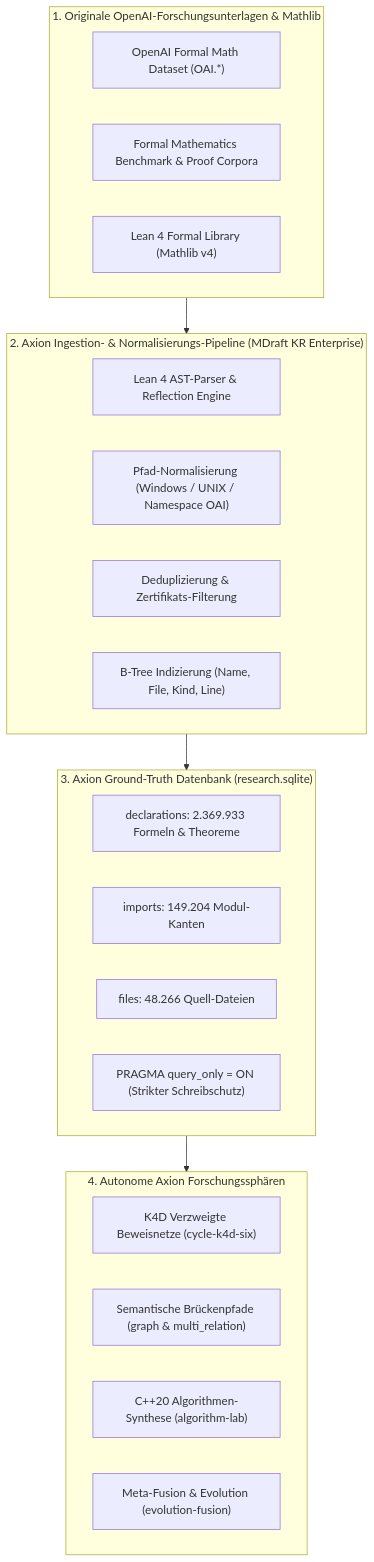
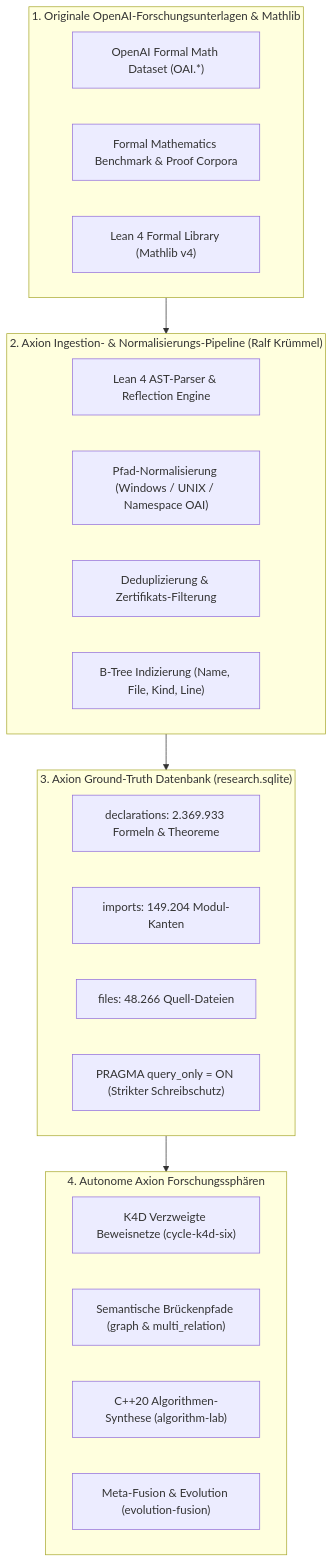
One commit to kruemmel-python/Axion changed the diagram in docs/DATASET_PROVENANCE.md. Above: the diagram before and after it, drawn with Mermaid. The commit also changed other lines of this file and 5 other files, not shown here.

Commit message:
docs: clarify developer attribution to Ralf Kruemmel and remove MDraft from database ingestion pipeline

````diff
--- a/docs/DATASET_PROVENANCE.md
+++ b/docs/DATASET_PROVENANCE.md
@@ -18,33 +18,33 @@
 ```mermaid
 flowchart TD
     subgraph OAI_Origin ["1. Originale OpenAI-Forschungsunterlagen & Mathlib"]
         A1["OpenAI Formal Math Dataset (OAI.*)"]
         A2["Formal Mathematics Benchmark & Proof Corpora"]
         A3["Lean 4 Formal Library (Mathlib v4)"]
     end
 
-    subgraph Pipeline ["2. Axion Ingestion- & Normalisierungs-Pipeline (MDraft KR Enterprise)"]
+    subgraph Pipeline ["2. Axion Ingestion- & Normalisierungs-Pipeline (Ralf Krümmel)"]
         B1["Lean 4 AST-Parser & Reflection Engine"]
         B2["Pfad-Normalisierung (Windows / UNIX / Namespace OAI)"]
         B3["Deduplizierung & Zertifikats-Filterung"]
         B4["B-Tree Indizierung (Name, File, Kind, Line)"]
     end
 
     subgraph Storage ["3. Axion Ground-Truth Datenbank (research.sqlite)"]
         C1["declarations: 2.369.933 Formeln & Theoreme"]
         C2["imports: 149.204 Modul-Kanten"]
         C3["files: 48.266 Quell-Dateien"]
         C4["PRAGMA query_only = ON (Strikter Schreibschutz)"]
     end
 
     subgraph Consumers ["4. Autonome Axion Forschungssphären"]
         D1["K4D Verzweigte Beweisnetze (cycle-k4d-six)"]
         D2["Semantische Brückenpfade (graph & multi_relation)"]
         D3["C++20 Algorithmen-Synthese (algorithm-lab)"]
         D4["Meta-Fusion & Evolution (evolution-fusion)"]
     end
 
     OAI_Origin --> Pipeline
     Pipeline --> Storage
     Storage --> Consumers
 ```
````
